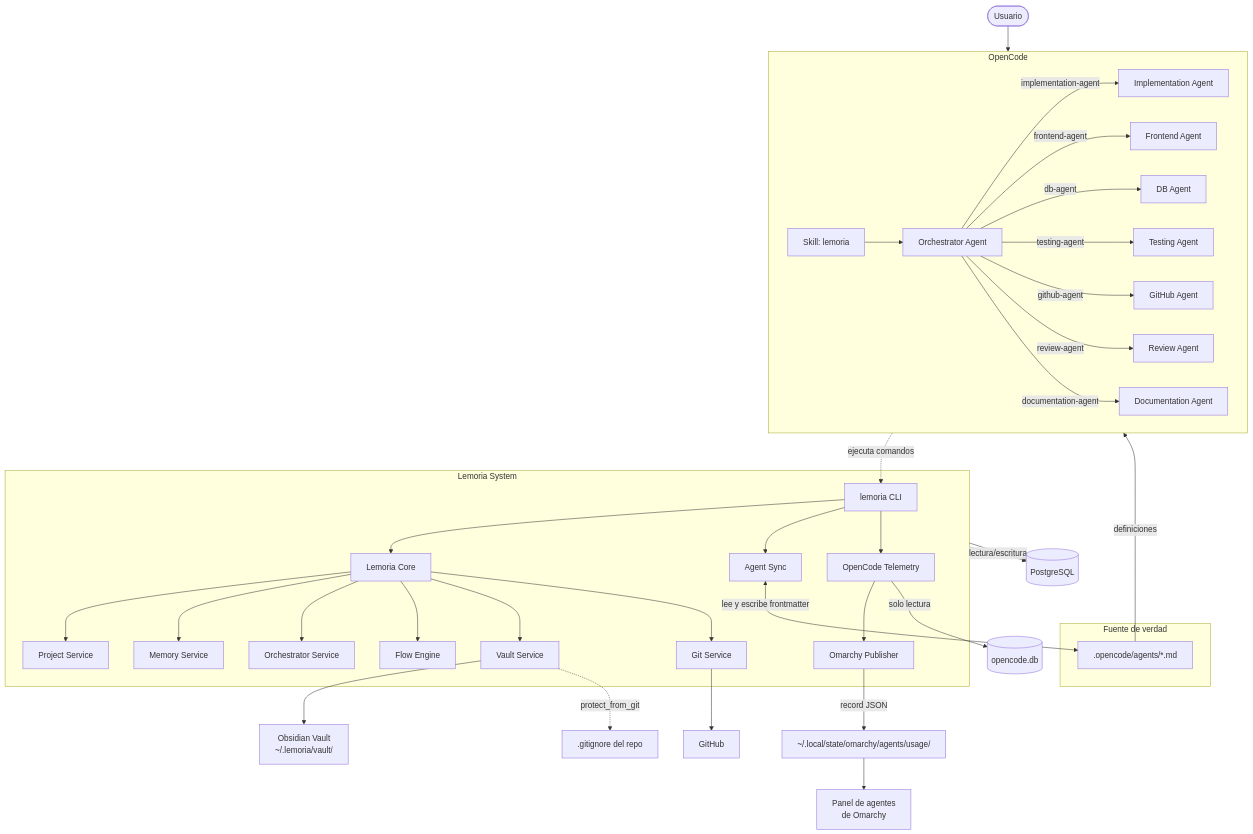
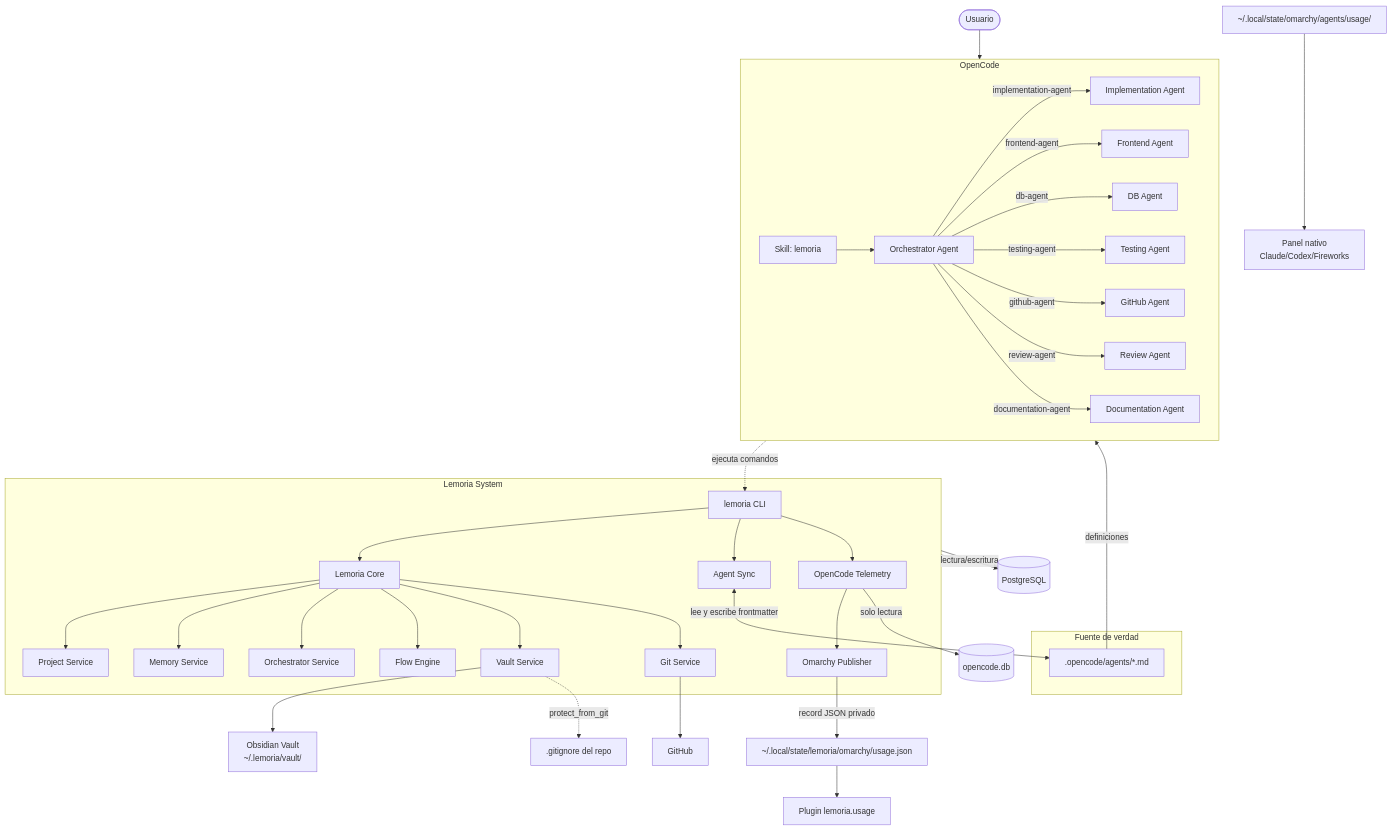
One commit to devcristianlopez/lemoria changed the first of 5 diagrams in docs/ARCHITECTURE.md. Above: the diagram before and after it, drawn with Mermaid. The commit also changed other lines of this file and 8 other files, not shown here.

First line of the commit message:
fix(omarchy): aislar lemoria.usage del panel nativo

````diff
--- a/docs/ARCHITECTURE.md
+++ b/docs/ARCHITECTURE.md
@@ -5,47 +5,48 @@
 ```mermaid
 graph TB
   USER([Usuario]) --> OC[OpenCode]
 
   subgraph OC[OpenCode]
     SKILL[Skill: lemoria] --> OA[Orchestrator Agent]
     OA -->|implementation-agent| IA[Implementation Agent]
     OA -->|frontend-agent| FA[Frontend Agent]
     OA -->|db-agent| DA[DB Agent]
     OA -->|testing-agent| TA[Testing Agent]
     OA -->|github-agent| GA[GitHub Agent]
     OA -->|review-agent| RA[Review Agent]
     OA -->|documentation-agent| DOA[Documentation Agent]
   end
 
   subgraph LEMORIA[Lemoria System]
     CLI[lemoria CLI] --> CORE[Lemoria Core]
     CORE --> PS[Project Service]
     CORE --> MS[Memory Service]
     CORE --> ORCH[Orchestrator Service]
     CORE --> FE[Flow Engine]
     CORE --> VS[Vault Service]
     CORE --> GS[Git Service]
     CLI --> AS[Agent Sync]
     CLI --> OCS[OpenCode Telemetry]
     OCS --> OP[Omarchy Publisher]
   end
 
   subgraph MD[Fuente de verdad]
     AGMD[.opencode/agents/*.md]
   end
 
   AS <-->|lee y escribe frontmatter| AGMD
   AGMD -->|definiciones| OC
 
   OCS -->|solo lectura| OCDB[("opencode.db")]
-  OP -->|record JSON| OMREC["~/.local/state/omarchy/agents/usage/"]
-  OMREC --> OMPANEL[Panel de agentes<br/>de Omarchy]
+  OP -->|record JSON privado| OMREC["~/.local/state/lemoria/omarchy/usage.json"]
+  OMREC --> LMPANEL[Plugin lemoria.usage]
+  NREC["~/.local/state/omarchy/agents/usage/"] --> OMPANEL[Panel nativo<br/>Claude/Codex/Fireworks]
 
   LEMORIA --> DB[(PostgreSQL)]
   VS --> OBSIDIAN[Obsidian Vault<br/>~/.lemoria/vault/]
   VS -.->|protect_from_git| GITIGNORE[.gitignore del repo]
   GS --> GITHUB[GitHub]
 
   OC -.->|ejecuta comandos| CLI
   LEMORIA -->|lectura/escritura| DB
 ```
````
